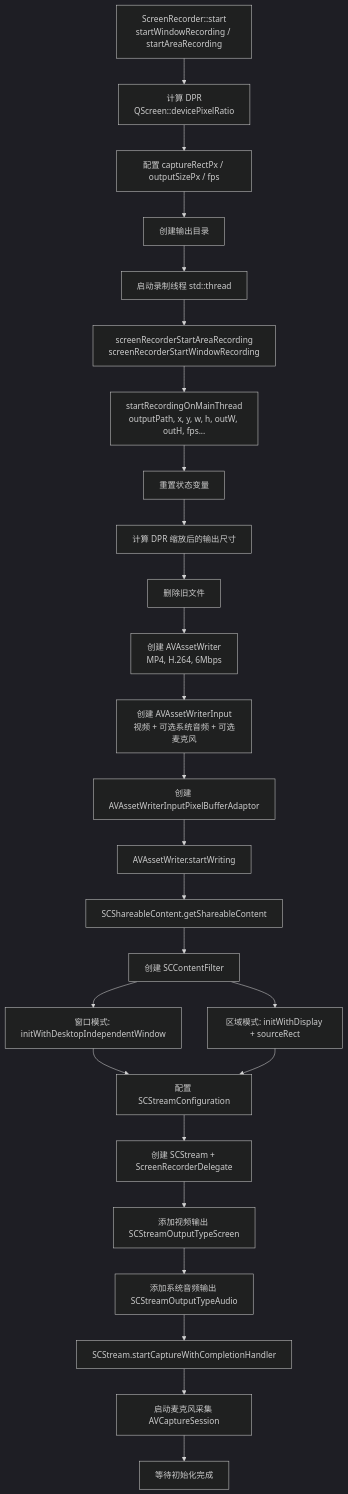
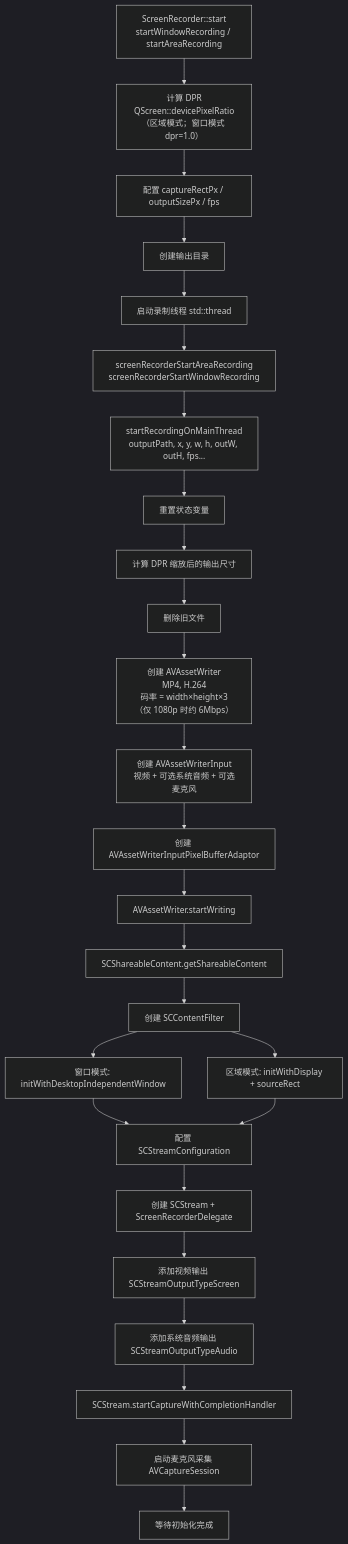
One commit to ChiangyangNPU/quick-shot changed the eighth of 11 diagrams in docs/recording-macos.md. Above: the diagram before and after it, drawn with Mermaid (dark theme). The commit also changed other lines of this file and 3 other files, not shown here.

````diff
--- a/docs/recording-macos.md
+++ b/docs/recording-macos.md
@@ -326,28 +329,28 @@
 ```mermaid
 flowchart TD
-    A["ScreenRecorder::start<br/>startWindowRecording / startAreaRecording"] --> B["计算 DPR<br/>QScreen::devicePixelRatio"]
+    A["ScreenRecorder::start<br/>startWindowRecording / startAreaRecording"] --> B["计算 DPR<br/>QScreen::devicePixelRatio（区域模式；窗口模式 dpr=1.0）"]
     B --> C["配置 captureRectPx / outputSizePx / fps"]
     C --> D["创建输出目录"]
     D --> E["启动录制线程 std::thread"]
     E --> F["screenRecorderStartAreaRecording<br/>screenRecorderStartWindowRecording"]
     F --> G["startRecordingOnMainThread<br/>outputPath, x, y, w, h, outW, outH, fps..."]
     G --> H["重置状态变量"]
     H --> I["计算 DPR 缩放后的输出尺寸"]
     I --> J["删除旧文件"]
-    J --> K["创建 AVAssetWriter<br/>MP4, H.264, 6Mbps"]
+    J --> K["创建 AVAssetWriter<br/>MP4, H.264<br/>码率 = width×height×3（仅 1080p 时约 6Mbps）"]
     K --> L["创建 AVAssetWriterInput<br/>视频 + 可选系统音频 + 可选麦克风"]
     L --> M["创建 AVAssetWriterInputPixelBufferAdaptor"]
     M --> N["AVAssetWriter.startWriting"]
     N --> O["SCShareableContent.getShareableContent"]
     O --> P["创建 SCContentFilter"]
     P --> P1["窗口模式: initWithDesktopIndependentWindow"]
     P --> P2["区域模式: initWithDisplay + sourceRect"]
     P1 --> Q["配置 SCStreamConfiguration"]
     P2 --> Q
     Q --> R["创建 SCStream + ScreenRecorderDelegate"]
     R --> S["添加视频输出 SCStreamOutputTypeScreen"]
     S --> T["添加系统音频输出 SCStreamOutputTypeAudio"]
     T --> U["SCStream.startCaptureWithCompletionHandler"]
     U --> V["启动麦克风采集 AVCaptureSession"]
     V --> W["等待初始化完成"]
 ```
````
